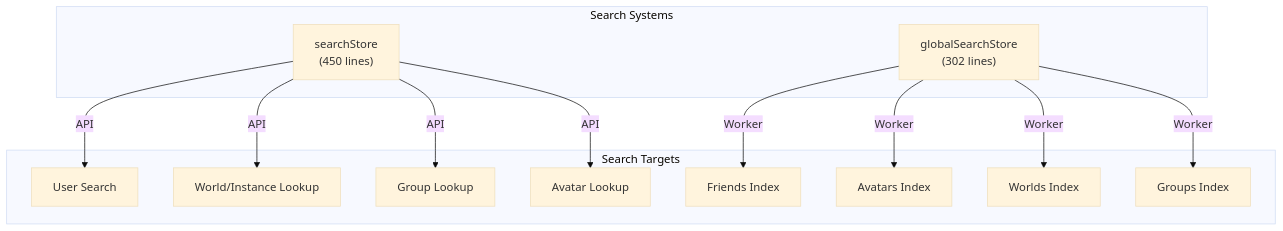
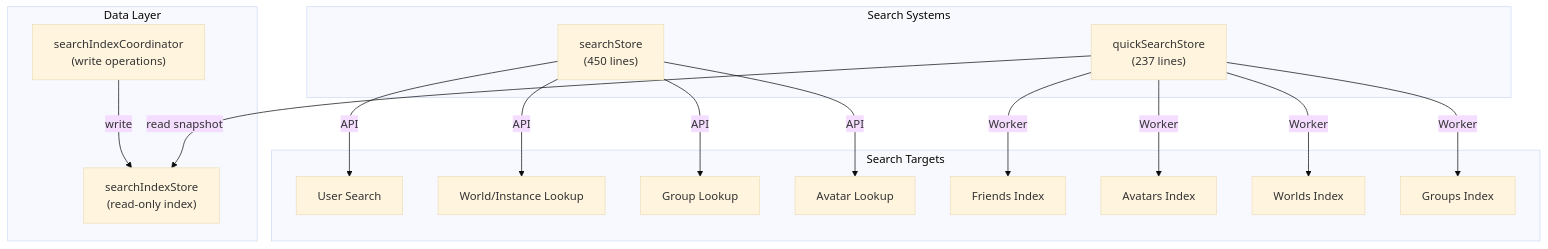
One commit to Map1en/vrcx-docs changed the first of 4 diagrams in en/modules/search-system.md. Above: the diagram before and after it, drawn with Mermaid (base theme). The commit also changed other lines of this file and 11 other files, not shown here.

Commit message:
update quick search

````diff
--- a/en/modules/search-system.md
+++ b/en/modules/search-system.md
@@ -7,18 +7,26 @@
 ```mermaid
 graph TB
     subgraph "Search Systems"
         SearchStore["searchStore<br/>(450 lines)"]
-        GlobalSearch["globalSearchStore<br/>(302 lines)"]
+        QuickSearch["quickSearchStore<br/>(237 lines)"]
+    end
+
+    subgraph "Data Layer"
+        SearchIndex["searchIndexStore<br/>(read-only index)"]
+        Coordinator["searchIndexCoordinator<br/>(write operations)"]
     end
 
     subgraph "Search Targets"
         SearchStore -->|API| UserSearch["User Search"]
         SearchStore -->|API| WorldSearch["World/Instance Lookup"]
         SearchStore -->|API| GroupSearch["Group Lookup"]
         SearchStore -->|API| AvatarSearch["Avatar Lookup"]
-        GlobalSearch -->|Worker| Friends["Friends Index"]
-        GlobalSearch -->|Worker| Avatars["Avatars Index"]
-        GlobalSearch -->|Worker| Worlds["Worlds Index"]
-        GlobalSearch -->|Worker| Groups["Groups Index"]
+        QuickSearch -->|Worker| Friends["Friends Index"]
+        QuickSearch -->|Worker| Avatars["Avatars Index"]
+        QuickSearch -->|Worker| Worlds["Worlds Index"]
+        QuickSearch -->|Worker| Groups["Groups Index"]
     end
+
+    Coordinator -->|write| SearchIndex
+    QuickSearch -->|read snapshot| SearchIndex
 ```
````
